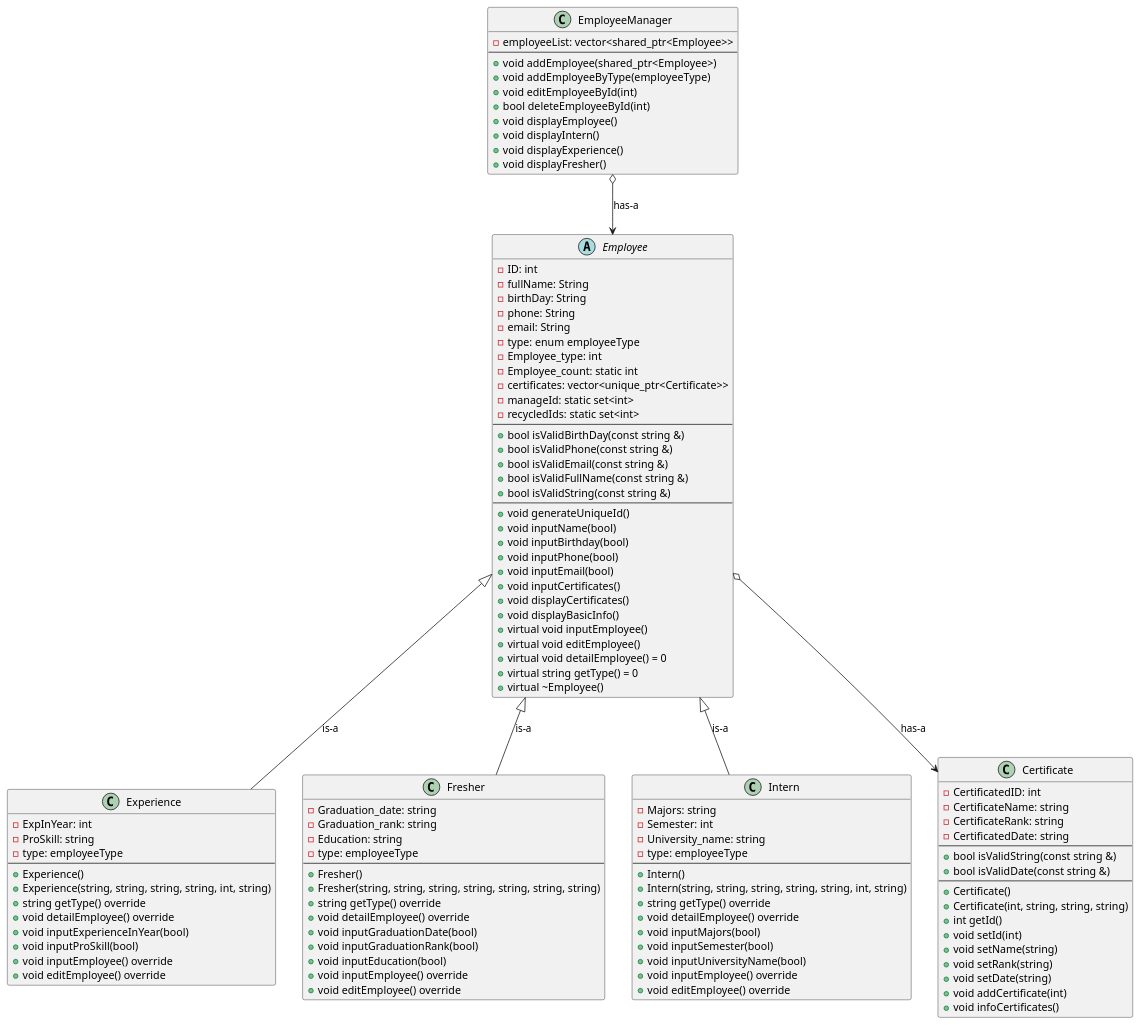
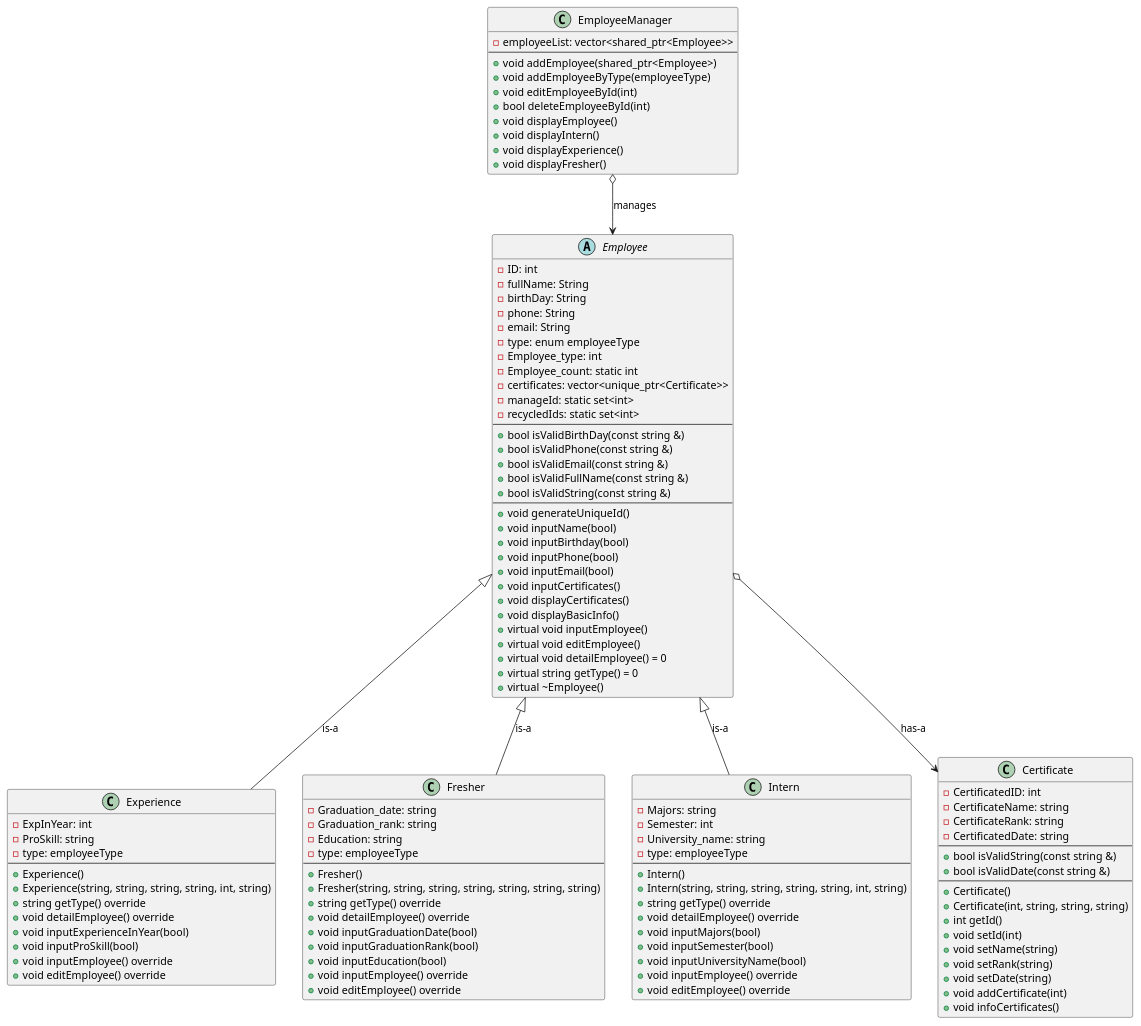
One commit to baobluebird/Basic-C-Cplusplus changed the diagram in .Assigment/OOP/ex13/diagram/diagram.wsd. Above: the diagram before and after it, drawn with PlantUML. The commit also changed 36 other files, not shown here.

```diff
--- a/.Assigment/OOP/ex13/diagram/diagram.wsd
+++ b/.Assigment/OOP/ex13/diagram/diagram.wsd
@@ -1,125 +1,125 @@
 @startuml
 
 abstract class Employee {
     - ID: int
     - fullName: String
     - birthDay: String
     - phone: String
     - email: String
     - type: enum employeeType
     - Employee_type: int
     - Employee_count: static int
     - certificates: vector<unique_ptr<Certificate>>
     - manageId: static set<int> 
     - recycledIds: static set<int>
     --
     + bool isValidBirthDay(const string &)
     + bool isValidPhone(const string &)
     + bool isValidEmail(const string &)
     + bool isValidFullName(const string &)
     + bool isValidString(const string &)
     --
     + void generateUniqueId()
     + void inputName(bool)
     + void inputBirthday(bool)
     + void inputPhone(bool)
     + void inputEmail(bool)
     + void inputCertificates()
     + void displayCertificates()
     + void displayBasicInfo()
     + virtual void inputEmployee()
     + virtual void editEmployee()
     + virtual void detailEmployee() = 0
     + virtual string getType() = 0
     + virtual ~Employee()
 }
 
 class Experience {
     - ExpInYear: int
     - ProSkill: string 
     - type: employeeType
     --
     + Experience()
     + Experience(string, string, string, string, int, string)
     + string getType() override
     + void detailEmployee() override
     + void inputExperienceInYear(bool)
     + void inputProSkill(bool)
     + void inputEmployee() override
     + void editEmployee() override
 }
 
 class Fresher {
     - Graduation_date: string 
     - Graduation_rank: string 
     - Education: string 
     - type: employeeType
     --
     + Fresher()
     + Fresher(string, string, string, string, string, string, string)
     + string getType() override
     + void detailEmployee() override
     + void inputGraduationDate(bool)
     + void inputGraduationRank(bool)
     + void inputEducation(bool)
     + void inputEmployee() override
     + void editEmployee() override
 }
 
 class Intern {
     - Majors: string 
     - Semester: int 
     - University_name: string 
     - type: employeeType
     --
     + Intern()
     + Intern(string, string, string, string, string, int, string)
     + string getType() override
     + void detailEmployee() override
     + void inputMajors(bool)
     + void inputSemester(bool)
     + void inputUniversityName(bool)
     + void inputEmployee() override
     + void editEmployee() override
 }
 
 class Certificate {
     - CertificatedID: int
     - CertificateName: string
     - CertificateRank: string
     - CertificatedDate: string
     --
     + bool isValidString(const string &)
     + bool isValidDate(const string &)
     --
     + Certificate() 
     + Certificate(int, string, string, string)
     + int getId()
     + void setId(int)
     + void setName(string)
     + void setRank(string)
     + void setDate(string)
     + void addCertificate(int)
     + void infoCertificates()
 }
 
 class EmployeeManager {
     - employeeList: vector<shared_ptr<Employee>>
     --
     + void addEmployee(shared_ptr<Employee>)
     + void addEmployeeByType(employeeType)
     + void editEmployeeById(int)
     + bool deleteEmployeeById(int)
     + void displayEmployee()
     + void displayIntern()
     + void displayExperience()
     + void displayFresher()
 }
 
 Employee <|-- Experience : is-a
 Employee <|-- Fresher : is-a
 Employee <|-- Intern : is-a
-EmployeeManager o--> Employee : has-a
+EmployeeManager o--> Employee : manages
 Employee o--> Certificate : has-a
 
 @enduml
```
